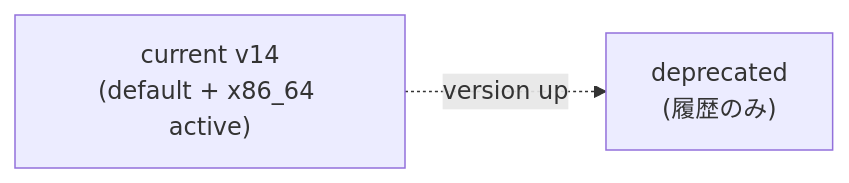
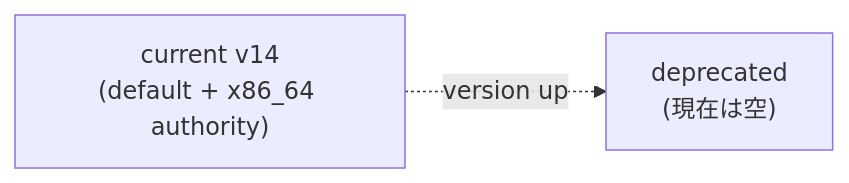
One commit to hwatanabe-jp/stark-ballot-simulator-public changed the second of 3 diagrams in public-book/src/zkvm/image-id.md. Above: the diagram before and after it, drawn with Mermaid. The commit also changed other lines of this file and 389 other files, not shown here.

````diff
--- a/public-book/src/zkvm/image-id.md
+++ b/public-book/src/zkvm/image-id.md
@@ -95,6 +97,6 @@
 ```mermaid
 flowchart LR
-  CUR["current v14<br/>(default + x86_64 active)"]
-  DEP["deprecated<br/>(履歴のみ)"]
+  CUR["current v14<br/>(default + x86_64 authority)"]
+  DEP["deprecated<br/>(現在は空)"]
   CUR -. version up .-> DEP
 ```
````
